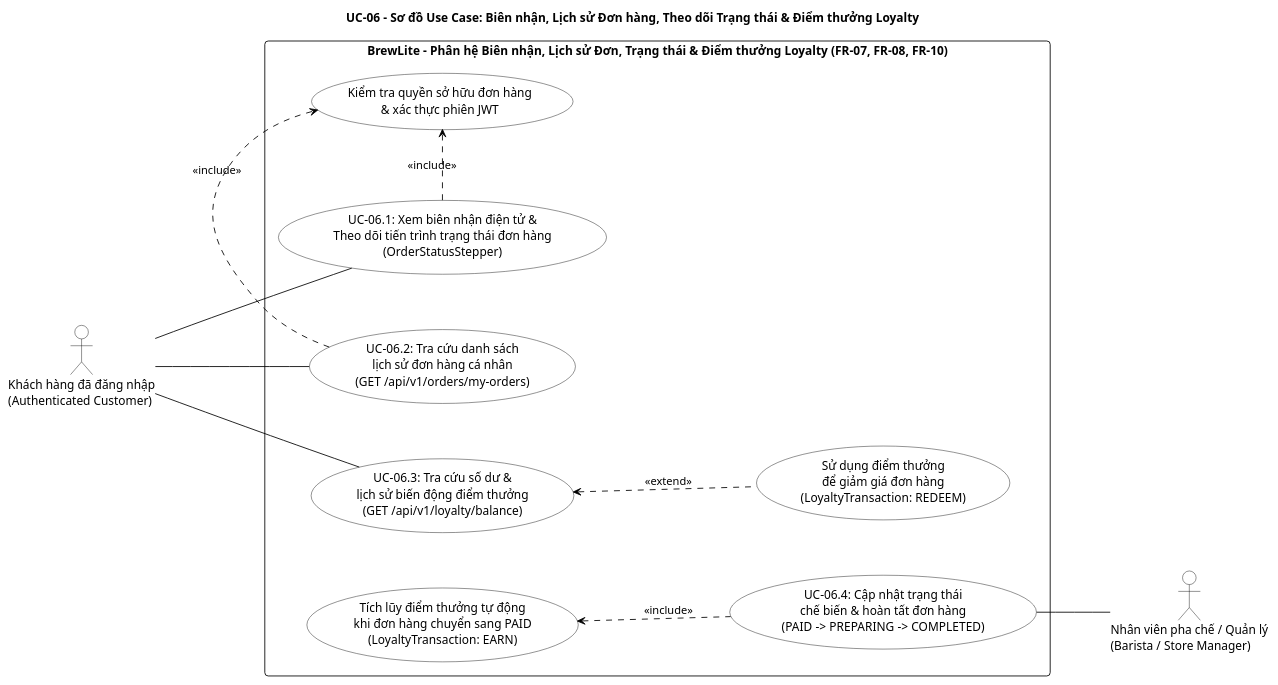
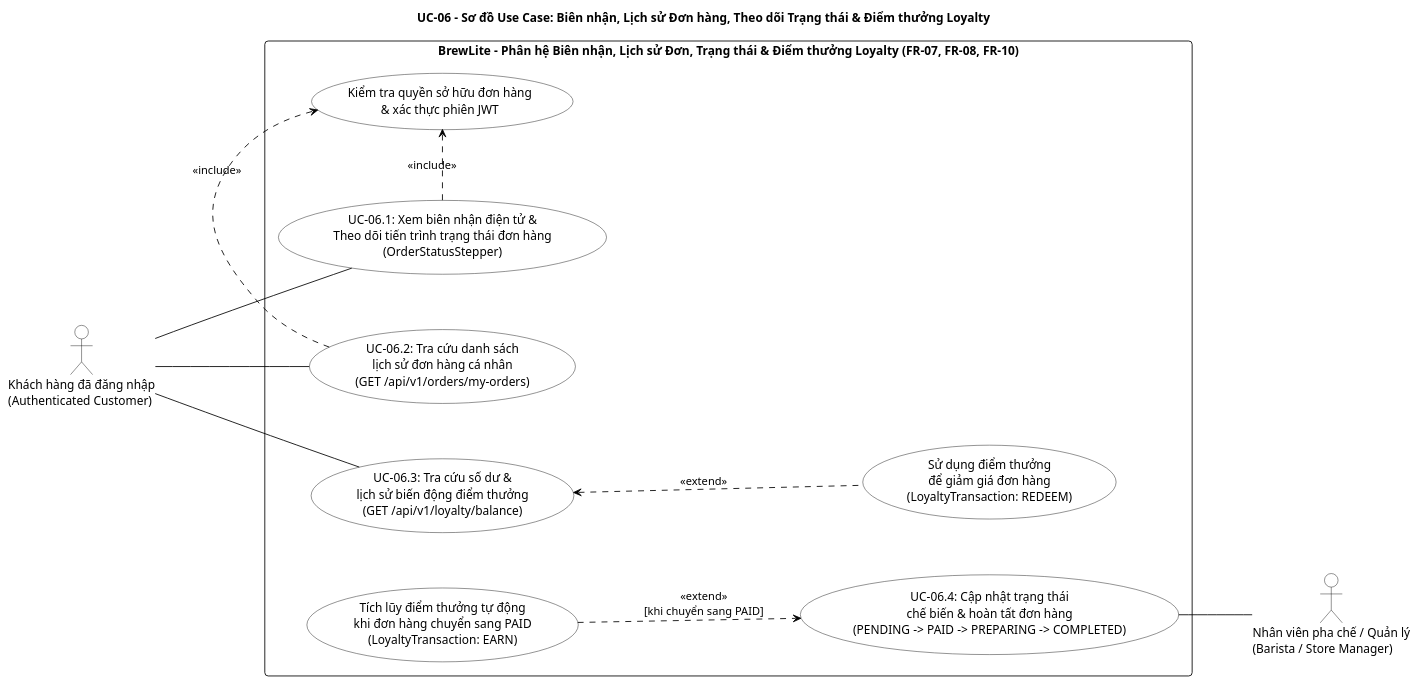
One commit to SamuiSang/brewlite2 changed the diagram in docs/diagrams/uc-06-history-loyalty.puml. Above: the diagram before and after it, drawn with PlantUML. The commit also changed 10 other files, not shown here.

Commit message:
docs(diagrams): refine UC-06, activity, sequence diagrams and sync ADR-006 specs

```diff
--- a/docs/diagrams/uc-06-history-loyalty.puml
+++ b/docs/diagrams/uc-06-history-loyalty.puml
@@ -1,58 +1,58 @@
 @startuml uc-06-history-loyalty
 title UC-06 - Sơ đồ Use Case: Biên nhận, Lịch sử Đơn hàng, Theo dõi Trạng thái & Điểm thưởng Loyalty
 
 left to right direction
 skinparam monochrome true
 skinparam shadowing false
 skinparam backgroundColor white
 skinparam defaultFontName "Segoe UI", "Arial", sans-serif
 skinparam packageStyle rectangle
 skinparam roundcorner 8
 skinparam nodesep 65
 skinparam ranksep 85
 
 skinparam actor {
     BorderColor black
     BackgroundColor white
     FontColor black
 }
 
 skinparam usecase {
     BorderColor black
     BackgroundColor white
     FontColor black
     ArrowColor black
 }
 
 skinparam rectangle {
     BorderColor black
     BackgroundColor white
     FontColor black
 }
 
 actor "Khách hàng đã đăng nhập\n(Authenticated Customer)" as Customer
 actor "Nhân viên pha chế / Quản lý\n(Barista / Store Manager)" as Staff
 
 rectangle "BrewLite - Phân hệ Biên nhận, Lịch sử Đơn, Trạng thái & Điểm thưởng Loyalty (FR-07, FR-08, FR-10)" as System {
     usecase "UC-06.1: Xem biên nhận điện tử &\nTheo dõi tiến trình trạng thái đơn hàng\n(OrderStatusStepper)" as UC_ReceiptTrack
     usecase "UC-06.2: Tra cứu danh sách\nlịch sử đơn hàng cá nhân\n(GET /api/v1/orders/my-orders)" as UC_OrderHistory
     usecase "UC-06.3: Tra cứu số dư &\nlịch sử biến động điểm thưởng\n(GET /api/v1/loyalty/balance)" as UC_LoyaltyHistory
-    usecase "UC-06.4: Cập nhật trạng thái\nchế biến & hoàn tất đơn hàng\n(PAID -> PREPARING -> COMPLETED)" as UC_UpdateStatus
+    usecase "UC-06.4: Cập nhật trạng thái\nchế biến & hoàn tất đơn hàng\n(PENDING -> PAID -> PREPARING -> COMPLETED)" as UC_UpdateStatus
 
     usecase "Tích lũy điểm thưởng tự động\nkhi đơn hàng chuyển sang PAID\n(LoyaltyTransaction: EARN)" as UC_EarnPoints
     usecase "Sử dụng điểm thưởng\nđể giảm giá đơn hàng\n(LoyaltyTransaction: REDEEM)" as UC_RedeemPoints
     usecase "Kiểm tra quyền sở hữu đơn hàng\n& xác thực phiên JWT" as UC_VerifyOwner
 }
 
 Customer -- UC_ReceiptTrack
 Customer -- UC_OrderHistory
 Customer -- UC_LoyaltyHistory
 
 UC_UpdateStatus -- Staff
 
 UC_ReceiptTrack .right.> UC_VerifyOwner : <<include>>
 UC_OrderHistory .right.> UC_VerifyOwner : <<include>>
-UC_UpdateStatus .up.> UC_EarnPoints : <<include>>
+UC_EarnPoints .down.> UC_UpdateStatus : <<extend>>\n[khi chuyển sang PAID]
 UC_RedeemPoints .up.> UC_LoyaltyHistory : <<extend>>
 
 @enduml
```
